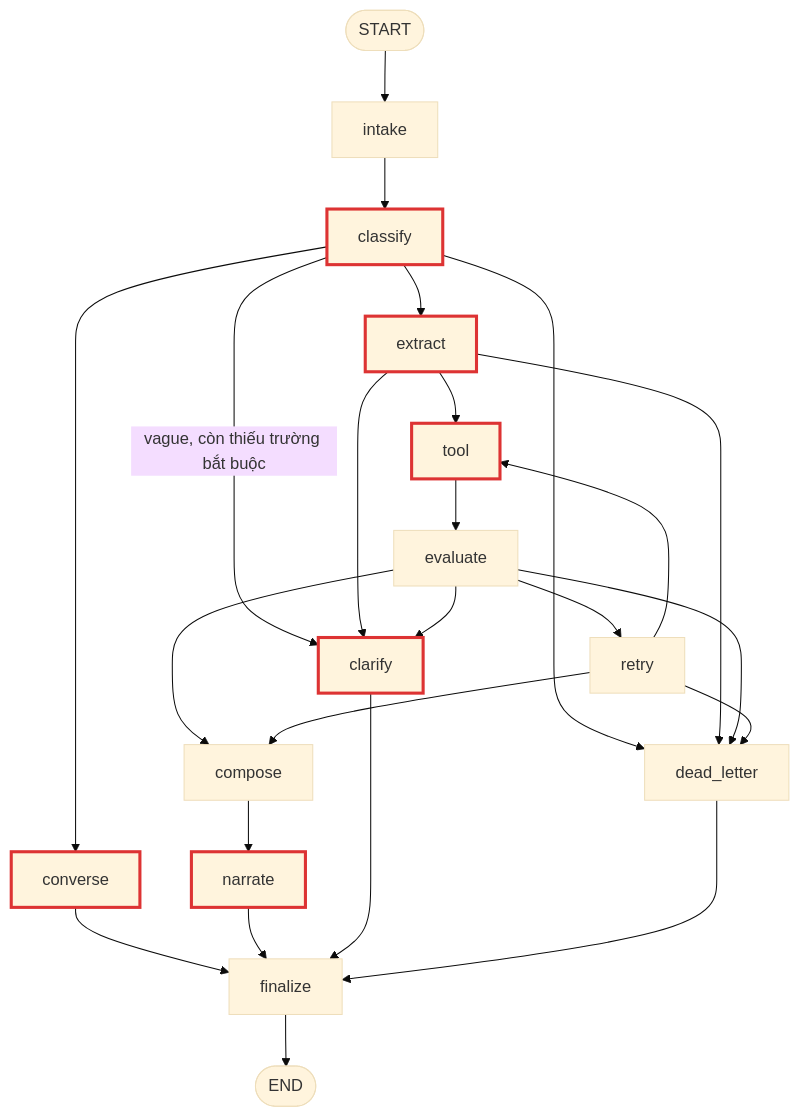
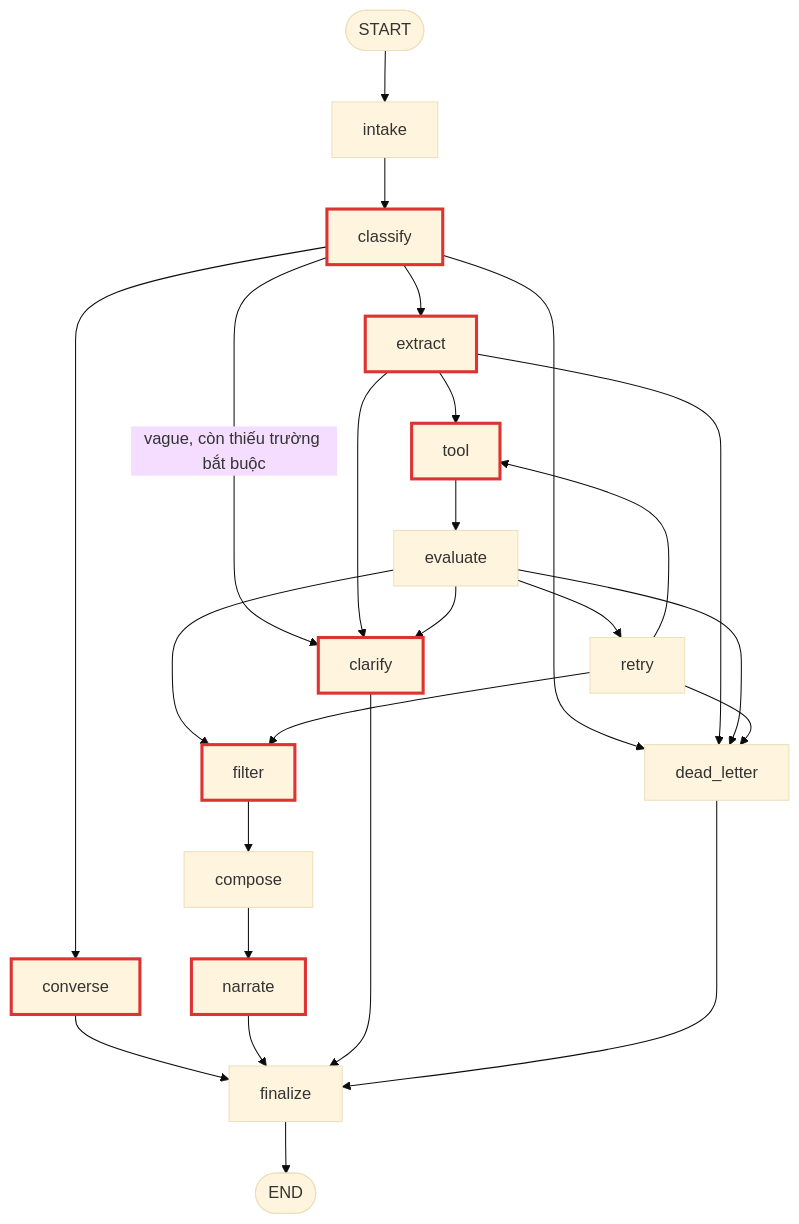
One commit to NguyenNhat4/Travel-Recommend-System changed the diagram in docs/spec/agent/langgraph-nodes.md. Above: the diagram before and after it, drawn with Mermaid (base theme). The commit also changed other lines of this file and 37 other files, not shown here.

First line of the commit message:
feat(agent): node filter bỏ điểm tham quan trùng (luật cùng tên + LLM chỉ ra cặp) trước compose (AC-AGT-04)

````diff
--- a/docs/spec/agent/langgraph-nodes.md
+++ b/docs/spec/agent/langgraph-nodes.md
@@ -179,41 +179,43 @@
 ```mermaid
 flowchart TD
     START([START]) --> intake
     intake --> classify
 
     classify --> converse
     classify --> extract
     classify -->|vague, còn thiếu trường bắt buộc| clarify
     classify --> dead_letter
 
     extract --> tool
     extract --> clarify
     extract --> dead_letter
 
     tool --> evaluate
 
     evaluate --> clarify
     evaluate --> retry
     evaluate --> dead_letter
-    evaluate --> compose
+    evaluate --> filter
 
-    retry --> compose
+    retry --> filter
     retry --> dead_letter
     retry --> tool
 
+    filter --> compose
     compose --> narrate
     converse --> finalize
     narrate --> finalize
     clarify --> finalize
     dead_letter --> finalize
 
     finalize --> END([END])
 
     classify:::llm
     extract:::llm
     tool:::llm
+    filter:::llm
     converse:::llm
     clarify:::llm
     narrate:::llm
     classDef llm stroke:#d33,stroke-width:3px;
 ```
````
